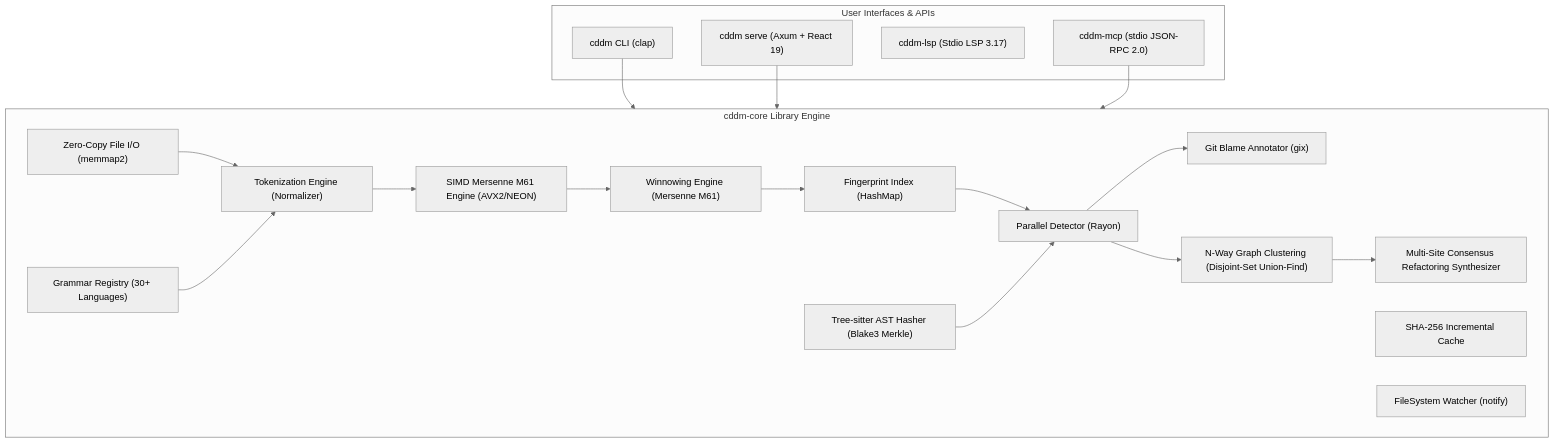
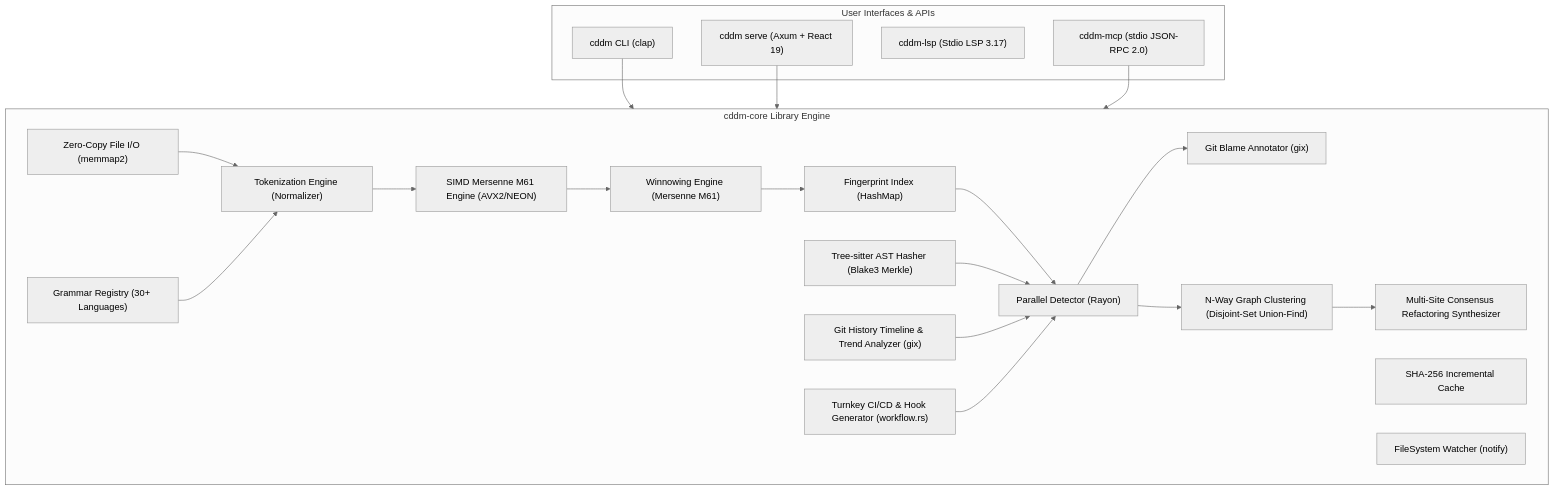
One commit to GrigorTonikyan/cddm changed the first of 2 diagrams in docs/ARCHITECTURE.md. Above: the diagram before and after it, drawn with Mermaid (neutral theme). The commit also changed 18 other files, not shown here.

Commit message:
feat(timeline): implement git duplication trends and turnkey ci generator

````diff
--- a/docs/ARCHITECTURE.md
+++ b/docs/ARCHITECTURE.md
@@ -7,40 +7,44 @@
 ```mermaid
 graph TD
     subgraph UI ["User Interfaces & APIs"]
         CLI["cddm CLI (clap)"]
         Serve["cddm serve (Axum + React 19)"]
         LSP["cddm-lsp (Stdio LSP 3.17)"]
         MCP["cddm-mcp (stdio JSON-RPC 2.0)"]
     end
 
     subgraph Core ["cddm-core Library Engine"]
         IO["Zero-Copy File I/O (memmap2)"]
         Grammar["Grammar Registry (30+ Languages)"]
         Tokenizer["Tokenization Engine (Normalizer)"]
         SIMD["SIMD Mersenne M61 Engine (AVX2/NEON)"]
         Winnow["Winnowing Engine (Mersenne M61)"]
         AST["Tree-sitter AST Hasher (Blake3 Merkle)"]
         Index["Fingerprint Index (HashMap)"]
         Detector["Parallel Detector (Rayon)"]
         Blame["Git Blame Annotator (gix)"]
         Cluster["N-Way Graph Clustering (Disjoint-Set Union-Find)"]
         Refactor["Multi-Site Consensus Refactoring Synthesizer"]
+        Timeline["Git History Timeline & Trend Analyzer (gix)"]
+        Workflow["Turnkey CI/CD & Hook Generator (workflow.rs)"]
         Cache["SHA-256 Incremental Cache"]
         Watcher["FileSystem Watcher (notify)"]
     end
 
     CLI --> Core
     Serve --> Core
     MCP --> Core
 
     IO --> Tokenizer
     Grammar --> Tokenizer
     Tokenizer --> SIMD
     SIMD --> Winnow
     Winnow --> Index
     Index --> Detector
     AST --> Detector
     Detector --> Blame
     Detector --> Cluster
     Cluster --> Refactor
+    Timeline --> Detector
+    Workflow --> Detector
 ```
````
